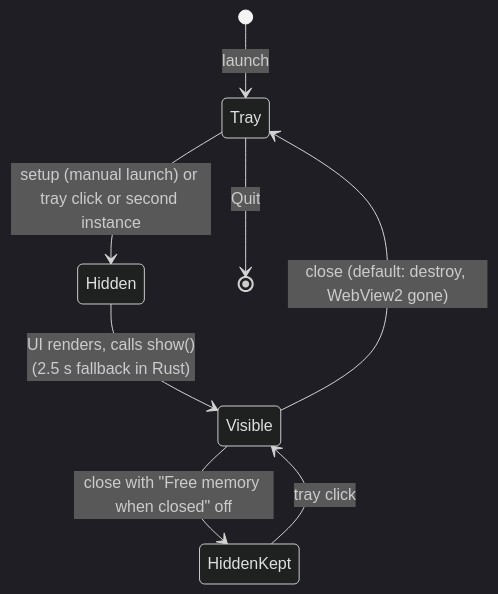
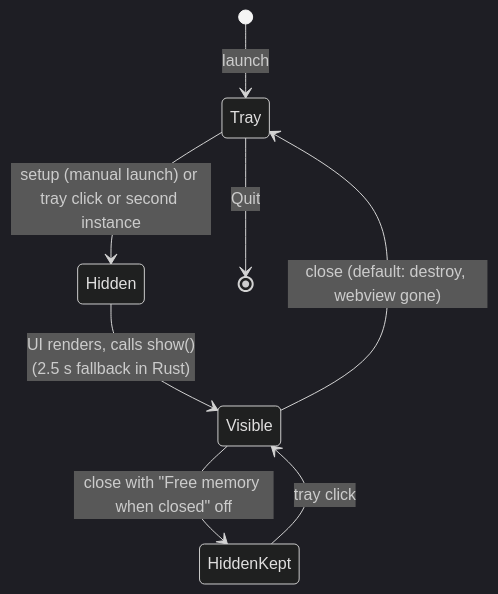
The sixth of 6 diagrams in docs/architecture.md (ax5hay/KeepMeAwake), drawn with Mermaid (dark theme) before and after one commit. The commit also changed other lines of this file and 9 other files, not shown here.

First line of the commit message:
docs: macOS in the guide, architecture, design, budget and changelog

````diff
--- a/docs/architecture.md
+++ b/docs/architecture.md
@@ -193,10 +197,10 @@
 ```mermaid
 stateDiagram-v2
     [*] --> Tray: launch
     Tray --> Hidden: setup (manual launch) or tray click or second instance
     Hidden --> Visible: UI renders, calls show()<br/>(2.5 s fallback in Rust)
-    Visible --> Tray: close (default: destroy, WebView2 gone)
+    Visible --> Tray: close (default: destroy, webview gone)
     Visible --> HiddenKept: close with "Free memory when closed" off
     HiddenKept --> Visible: tray click
     Tray --> [*]: Quit
 ```
````
